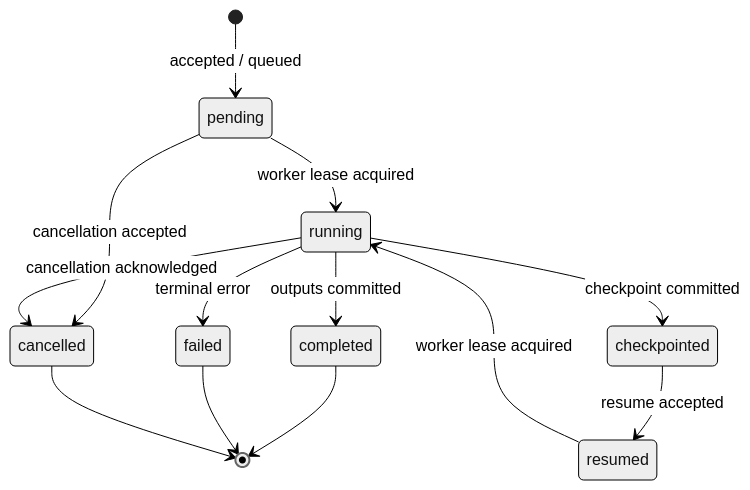
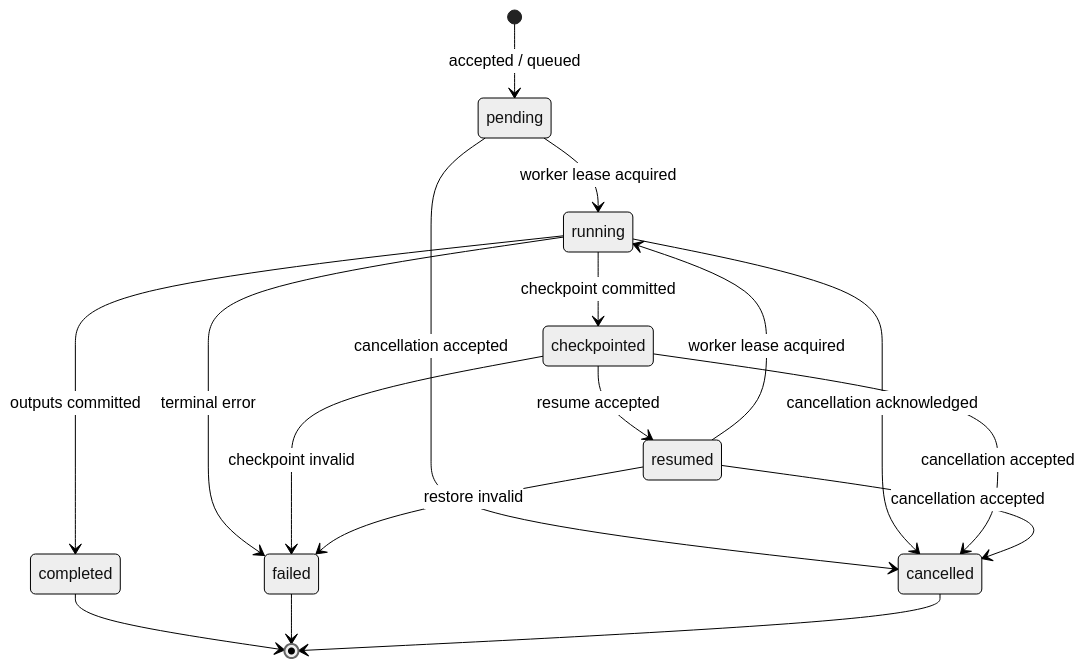
Before and after one commit to enigmahacker/Berkelium-Neural-Rendering-Studio: the first of 2 diagrams in NEURAL_RENDERING_API.md, drawn with Mermaid (neutral theme). The commit also changed other lines of this file and 8 other files, not shown here.

````diff
--- a/NEURAL_RENDERING_API.md
+++ b/NEURAL_RENDERING_API.md
@@ -315,15 +321,19 @@
 ```mermaid
 stateDiagram-v2
     [*] --> pending: accepted / queued
     pending --> running: worker lease acquired
     pending --> cancelled: cancellation accepted
     running --> completed: outputs committed
     running --> failed: terminal error
     running --> cancelled: cancellation acknowledged
     running --> checkpointed: checkpoint committed
     checkpointed --> resumed: resume accepted
+    checkpointed --> cancelled: cancellation accepted
+    checkpointed --> failed: checkpoint invalid
     resumed --> running: worker lease acquired
+    resumed --> cancelled: cancellation accepted
+    resumed --> failed: restore invalid
     completed --> [*]
     failed --> [*]
     cancelled --> [*]
 ```
````
